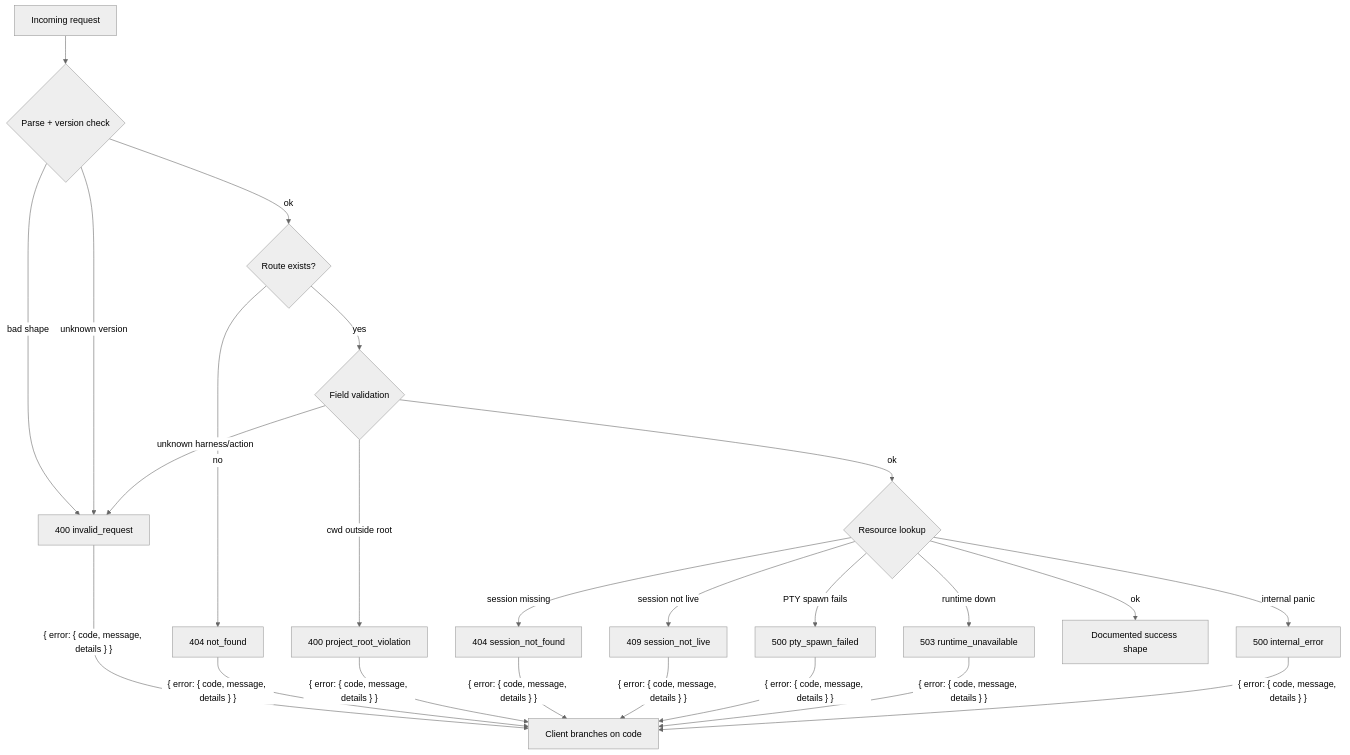
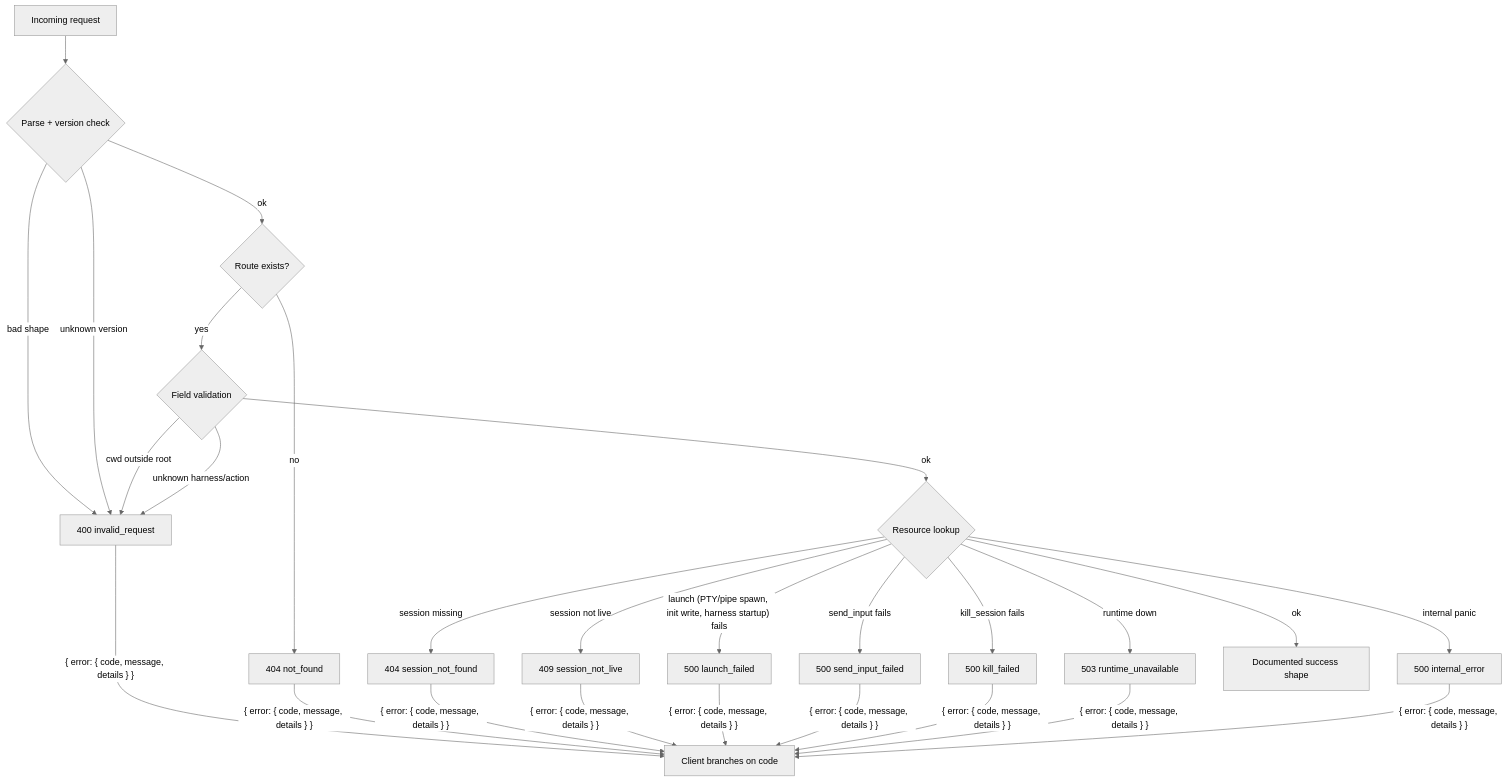
One commit to Uberration/MeatyCoven changed the first of 2 diagrams in docs/API-CONTRACT.md. Above: the diagram before and after it, drawn with Mermaid (neutral theme). The commit also changed other lines of this file and 23 other files, not shown here.

````diff
--- a/docs/API-CONTRACT.md
+++ b/docs/API-CONTRACT.md
@@ -59,20 +59,22 @@
 ```mermaid
 flowchart TD
   Req[Incoming request] --> Parse{Parse + version check}
   Parse -- bad shape --> ErrInvalid["400 invalid_request"]
   Parse -- unknown version --> ErrInvalid
   Parse -- ok --> Route{Route exists?}
   Route -- no --> ErrNotFound["404 not_found"]
   Route -- yes --> Validate{Field validation}
-  Validate -- cwd outside root --> ErrCwd["400 project_root_violation"]
+  Validate -- cwd outside root --> ErrInvalid
   Validate -- unknown harness/action --> ErrInvalid
   Validate -- ok --> Action{Resource lookup}
   Action -- session missing --> ErrSession["404 session_not_found"]
   Action -- session not live --> ErrLive["409 session_not_live"]
-  Action -- PTY spawn fails --> ErrPty["500 pty_spawn_failed"]
+  Action -- launch (PTY/pipe spawn, init write, harness startup) fails --> ErrLaunch["500 launch_failed"]
+  Action -- send_input fails --> ErrSend["500 send_input_failed"]
+  Action -- kill_session fails --> ErrKill["500 kill_failed"]
   Action -- runtime down --> ErrRuntime["503 runtime_unavailable"]
   Action -- internal panic --> ErrInternal["500 internal_error"]
   Action -- ok --> Success[Documented success shape]
 
-  ErrInvalid & ErrNotFound & ErrCwd & ErrSession & ErrLive & ErrPty & ErrRuntime & ErrInternal -->|"{ error: { code, message, details } }"| Client[Client branches on code]
+  ErrInvalid & ErrNotFound & ErrSession & ErrLive & ErrLaunch & ErrSend & ErrKill & ErrRuntime & ErrInternal -->|"{ error: { code, message, details } }"| Client[Client branches on code]
 ```
````
